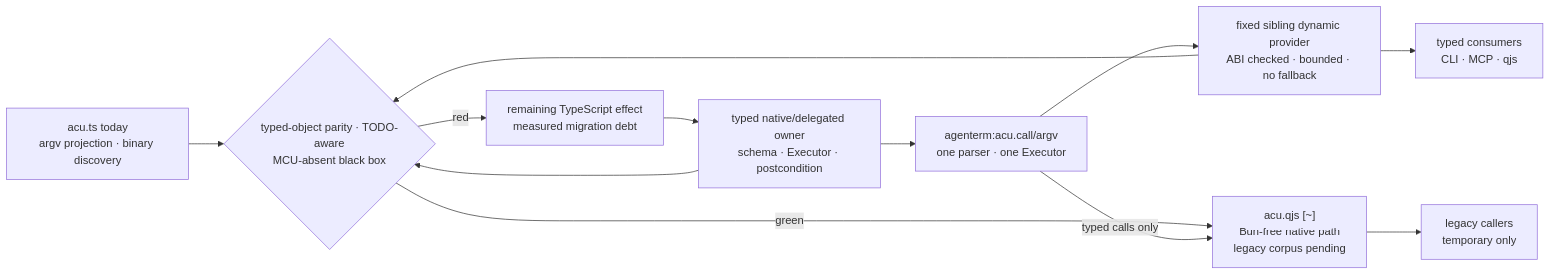
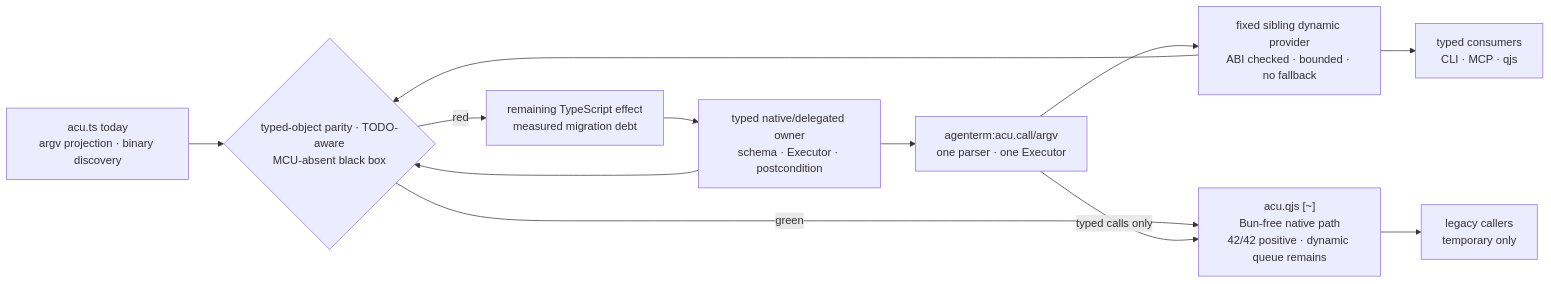
One commit to partnernetsoftware/agenterm changed the first of 19 diagrams in prd/PRD_02_28_agenterm_cu.md. Above: the diagram before and after it, drawn with Mermaid. The commit also changed other lines of this file and 8 other files, not shown here.

Commit message:
script: close positive ACU compatibility corpus

````diff
--- a/prd/PRD_02_28_agenterm_cu.md
+++ b/prd/PRD_02_28_agenterm_cu.md
@@ -169,19 +173,19 @@
   ```mermaid
   flowchart LR
     TS["acu.ts today<br/>argv projection · binary discovery"]
     OWNER["typed native/delegated owner<br/>schema · Executor · postcondition"]
     OBJ["agenterm:acu.call/argv<br/>one parser · one Executor"]
     PROVIDER["fixed sibling dynamic provider<br/>ABI checked · bounded · no fallback"]
     GATE{"typed-object parity · TODO-aware<br/>MCU-absent black box"}
-    QJS["acu.qjs [~]<br/>Bun-free native path<br/>legacy corpus pending"]
+    QJS["acu.qjs [~]<br/>Bun-free native path<br/>42/42 positive · dynamic queue remains"]
     USERS["typed consumers<br/>CLI · MCP · qjs"]
     LEGACY["legacy callers<br/>temporary only"]
     DEBT["remaining TypeScript effect<br/>measured migration debt"]
     OWNER --> OBJ --> PROVIDER --> USERS
     TS --> GATE
     OWNER --> GATE
     PROVIDER --> GATE
     GATE -->|red| DEBT --> OWNER
     GATE -->|green| QJS --> LEGACY
     OBJ -->|typed calls only| QJS
   ```
````
